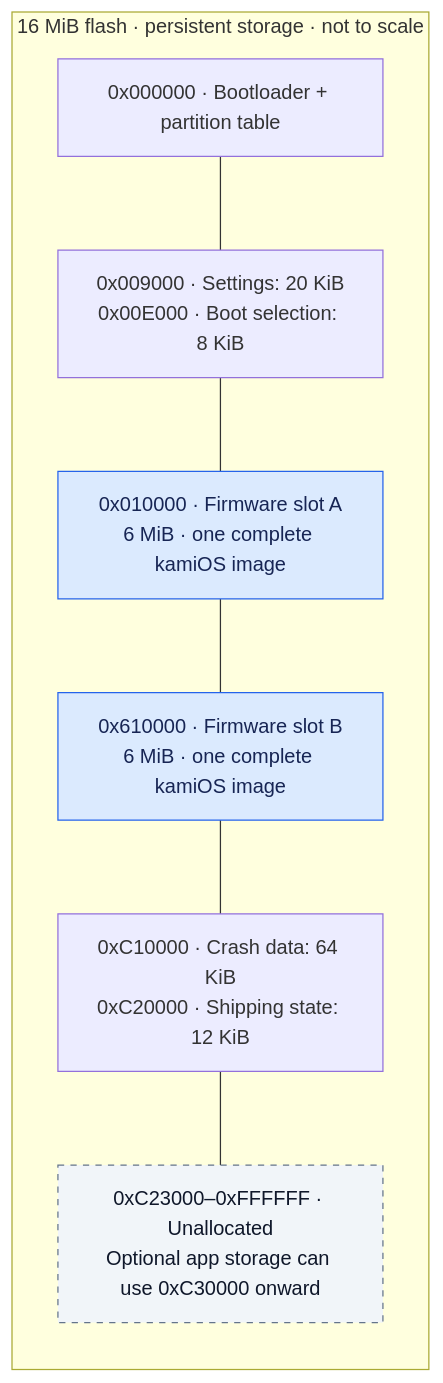
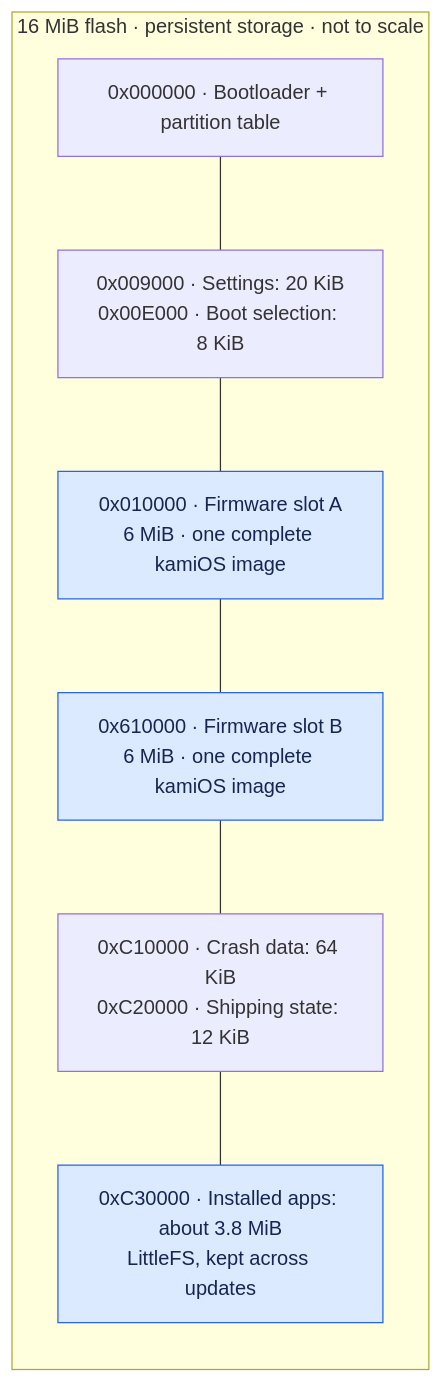
The first of 3 diagrams in README.md (Origami-Computing/origami-firmware-public), drawn with Mermaid before and after one commit. The commit also changed other lines of this file and 119 other files, not shown here.

First line of the commit message:
Prepare v1.0.17: full-screen Photos, voice turns, menus and app storage (#58)

````diff
--- a/README.md
+++ b/README.md
@@ -53,17 +53,16 @@
 ```mermaid
 flowchart TB
     subgraph flash["16 MiB flash · persistent storage · not to scale"]
         direction TB
         boot["0x000000 · Bootloader + partition table"]
         settings["0x009000 · Settings: 20 KiB<br/>0x00E000 · Boot selection: 8 KiB"]
         slotA["0x010000 · Firmware slot A<br/>6 MiB · one complete kamiOS image"]
         slotB["0x610000 · Firmware slot B<br/>6 MiB · one complete kamiOS image"]
         system["0xC10000 · Crash data: 64 KiB<br/>0xC20000 · Shipping state: 12 KiB"]
-        spare["0xC23000–0xFFFFFF · Unallocated<br/>Optional app storage can use 0xC30000 onward"]
-        boot --- settings --- slotA --- slotB --- system --- spare
+        apps["0xC30000 · Installed apps: about 3.8 MiB<br/>LittleFS, kept across updates"]
+        boot --- settings --- slotA --- slotB --- system --- apps
     end
     classDef firmware fill:#dbeafe,stroke:#2563eb,color:#172554
-    classDef unused fill:#f1f5f9,stroke:#64748b,color:#0f172a,stroke-dasharray:5 5
     class slotA,slotB firmware
-    class spare unused
+    class apps firmware
 ```
````
